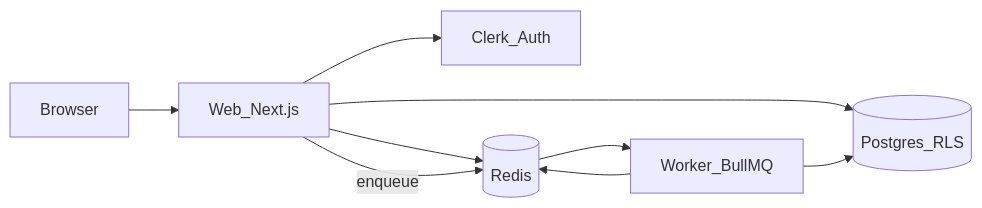
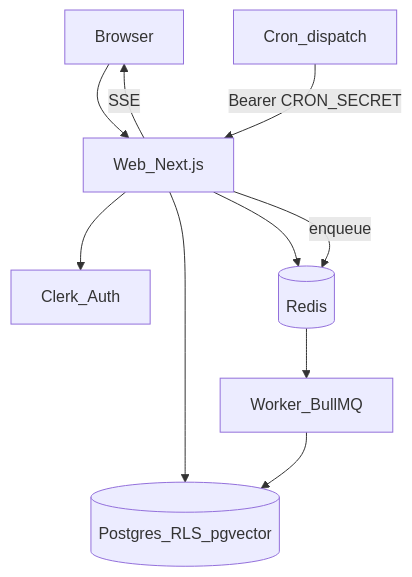
Before and after one commit to PrimeCode-LLC/nova-crm: the diagram in README.md, drawn with Mermaid. The commit also changed other lines of this file and 296 other files, not shown here.

````diff
--- a/README.md
+++ b/README.md
@@ -16,11 +18,20 @@
 ```mermaid
-flowchart LR
-  browser[Browser] --> web[Web_Next.js]
-  web --> clerk[Clerk_Auth]
-  web --> pg[(Postgres_RLS)]
-  web --> redis[(Redis)]
+flowchart TB
+  browser[Browser]
+  web[Web_Next.js]
+  clerk[Clerk_Auth]
+  pg[(Postgres_RLS_pgvector)]
+  redis[(Redis)]
+  worker[Worker_BullMQ]
+  cron[Cron_dispatch]
+
+  browser --> web
+  web -->|SSE| browser
+  web --> clerk
+  web --> pg
+  web --> redis
   web -->|enqueue| redis
-  redis --> worker[Worker_BullMQ]
+  redis --> worker
   worker --> pg
-  worker --> redis
+  cron -->|Bearer CRON_SECRET| web
 ```
````
